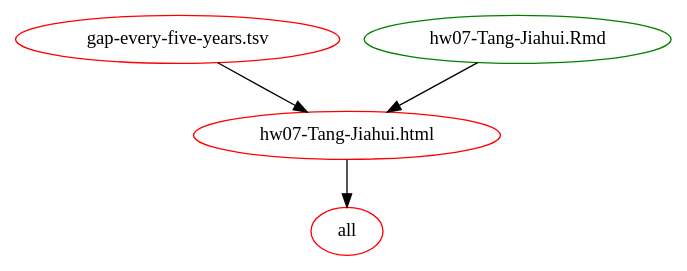
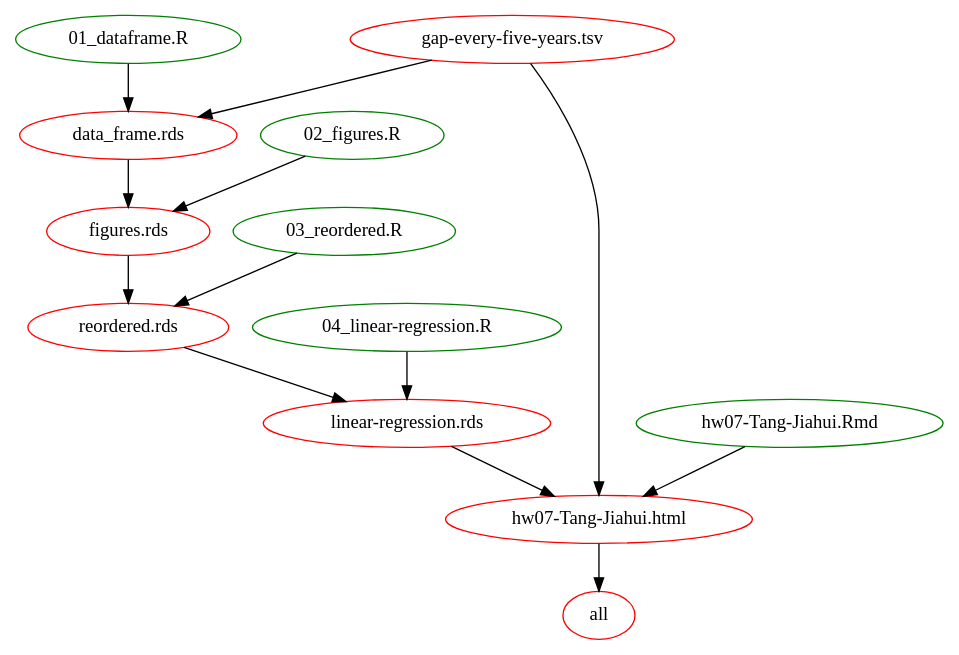
One commit to Tangjiahui26/DataAnalysisWithR changed the diagram in hw07/output.dot. Above: the diagram before and after it, drawn with Graphviz. The commit also changed 6 other files, not shown here.

```diff
--- a/hw07/output.dot
+++ b/hw07/output.dot
@@ -1,9 +1,26 @@
 digraph G {
+n12[label="01_dataframe.R", color="green"];
+n10[label="02_figures.R", color="green"];
+n8[label="03_reordered.R", color="green"];
+n6[label="04_linear-regression.R", color="green"];
 n2[label="all", color="red"];
-n5[label="gap-every-five-years.tsv", color="red"];
+n11[label="data_frame.rds", color="red"];
+n9[label="figures.rds", color="red"];
+n13[label="gap-every-five-years.tsv", color="red"];
 n4[label="hw07-Tang-Jiahui.Rmd", color="green"];
 n3[label="hw07-Tang-Jiahui.html", color="red"];
+n5[label="linear-regression.rds", color="red"];
+n7[label="reordered.rds", color="red"];
 n3 -> n2 ; 
+n12 -> n11 ; 
+n13 -> n11 ; 
+n10 -> n9 ; 
+n11 -> n9 ; 
+n13 -> n3 ; 
+n4 -> n3 ; 
 n5 -> n3 ; 
-n4 -> n3 ; 
+n6 -> n5 ; 
+n7 -> n5 ; 
+n8 -> n7 ; 
+n9 -> n7 ; 
 }
```
